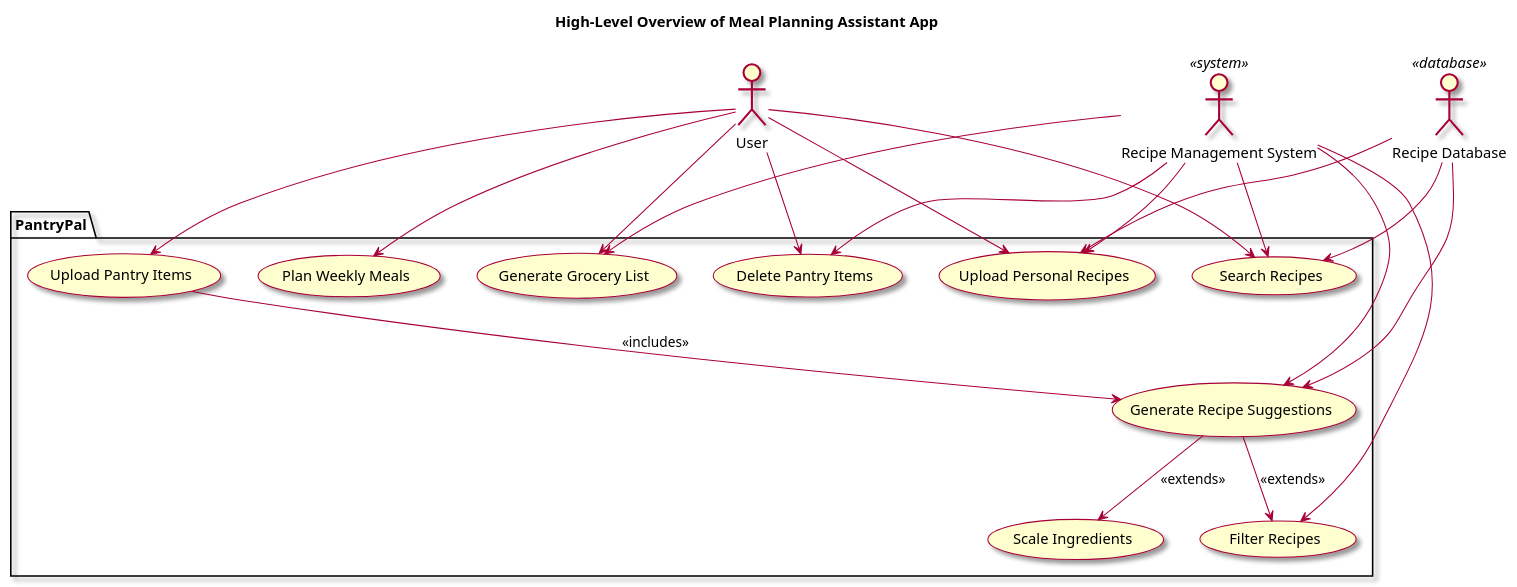
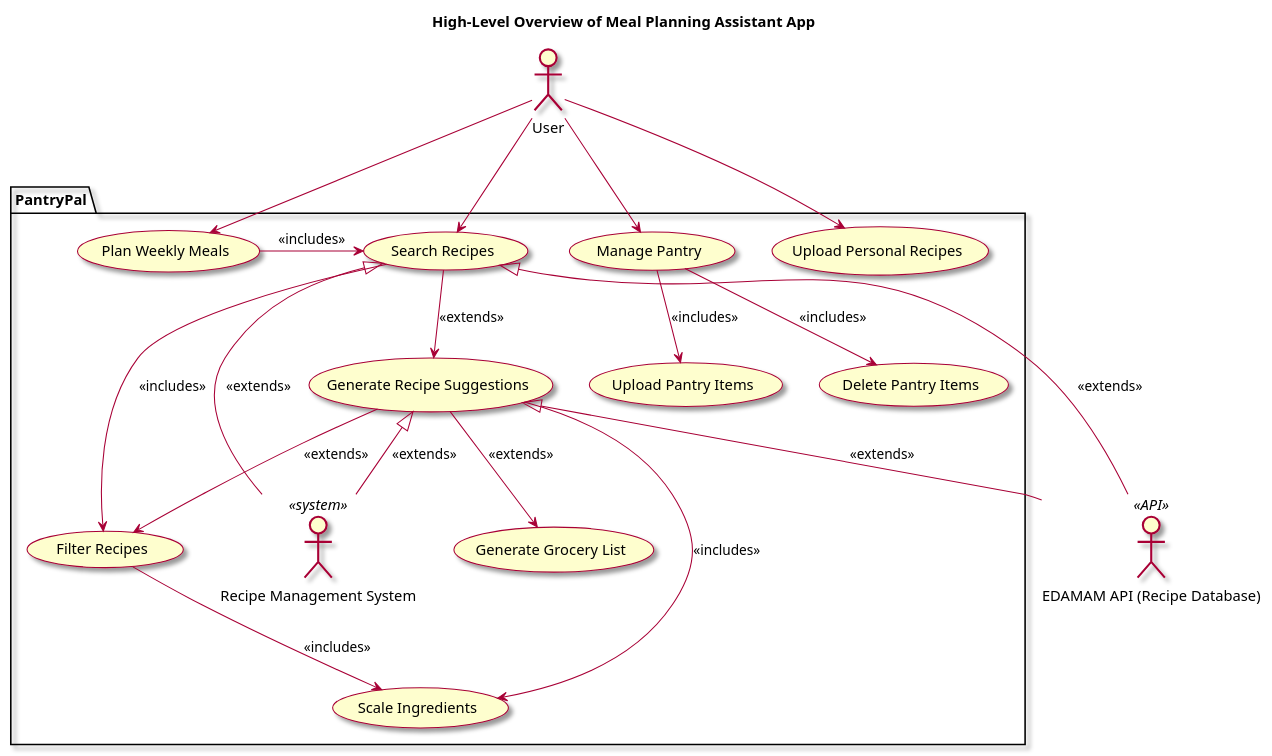
Before and after one commit to berthashipper/Pantry-Pal-Android-Application: the diagram in intellij/doc/vision.md, drawn with PlantUML. The commit also changed other lines of this file and 7 other files, not shown here.

````diff
--- a/intellij/doc/vision.md
+++ b/intellij/doc/vision.md
@@ -30,53 +30,59 @@
 ```plantuml
 @startuml
 skin rose
 
 title High-Level Overview of Meal Planning Assistant App
 
 ' Human actor
 actor "User" as user
 
-' System actor
-actor "Recipe Management System" <<system>> as recipeSystem
-
-' Database actor
-actor "Recipe Database" <<database>> as recipeDB
+' API actor
+actor "EDAMAM API (Recipe Database)" <<API>> as recipeDB
 
 ' List all use cases in package
 package PantryPal {
+' System actor
+    actor "Recipe Management System" <<system>> as recipeSystem
+    
+    usecase "Manage Pantry" as managepantry
+   
     usecase "Upload Pantry Items" as uploadPantryItems
     usecase "Generate Recipe Suggestions" as generateRecipeSuggestions
     usecase "Filter Recipes" as filterRecipes
     usecase "Scale Ingredients" as scaleIngredients
     usecase "Upload Personal Recipes" as uploadPersonalRecipes
     usecase "Plan Weekly Meals" as planWeeklyMeals
     usecase "Generate Grocery List" as generateGroceryList
     usecase "Search Recipes" as searchRecipes
     usecase "Delete Pantry Items" as deletePantryItems
+    
+    
 }
 
 ' Associations
-user --> uploadPantryItems
+user --> managepantry
+managepantry -down-> uploadPantryItems: <<includes>>
+managepantry -down-> deletePantryItems: <<includes>>
+
+user --> searchRecipes
+searchRecipes -down-> filterRecipes: <<includes>>
+searchRecipes -down-> generateRecipeSuggestions: <<extends>>
+generateRecipeSuggestions -down-> generateGroceryList: <<extends>>
+generateRecipeSuggestions -down-> filterRecipes: <<extends>>
+generateRecipeSuggestions -down-> scaleIngredients: <<includes>>
+filterRecipes -down-> scaleIngredients: <<includes>>
+
+user --> planWeeklyMeals
+planWeeklyMeals -right-> searchRecipes: <<includes>>
+
 user --> uploadPersonalRecipes
-user --> planWeeklyMeals
-user --> generateGroceryList
-user --> searchRecipes
-user --> deletePantryItems
 
-uploadPantryItems -down-> generateRecipeSuggestions : <<includes>>
-generateRecipeSuggestions -down-> filterRecipes : <<extends>>
-generateRecipeSuggestions -down-> scaleIngredients : <<extends>>
+generateRecipeSuggestions <|-down- recipeSystem : <<extends>>
+searchRecipes <|-down- recipeDB : <<extends>>
+generateRecipeSuggestions <|-down- recipeDB : <<extends>>
+searchRecipes <|-down- recipeSystem : <<extends>>
 
-recipeSystem --> generateRecipeSuggestions
-recipeSystem --> filterRecipes
-recipeSystem --> uploadPersonalRecipes
-recipeSystem --> generateGroceryList
-recipeSystem --> searchRecipes
-recipeSystem --> deletePantryItems
 
-recipeDB --> uploadPersonalRecipes
-recipeDB --> generateRecipeSuggestions
-recipeDB --> searchRecipes
 
 @enduml
 ```
````
